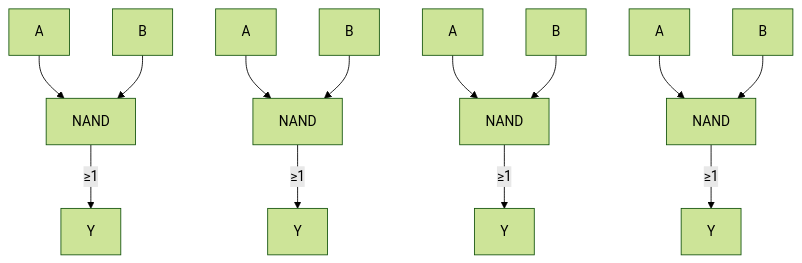
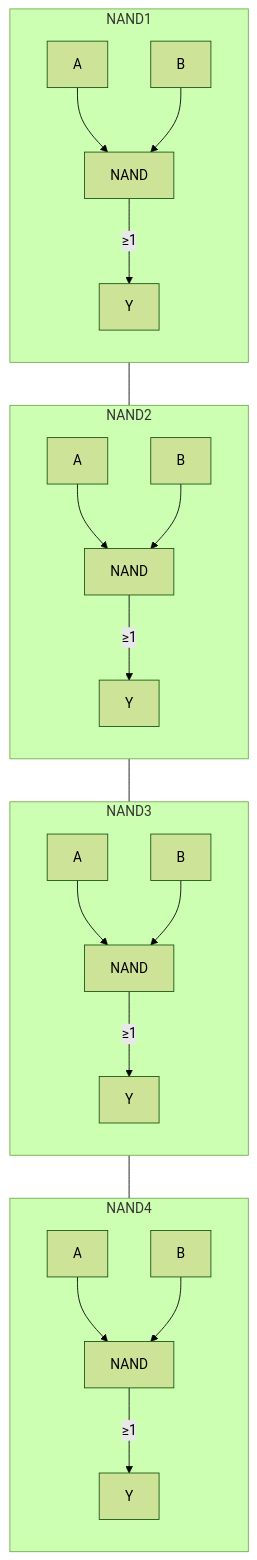
Before and after one commit to setrar/microelectronics: the second of 5 diagrams in Components/discrete/Transistors/kit/HomeDepot/BlockDiagrams/README.md, drawn with Mermaid (forest theme).

Commit message:
Organize NAND diagrams into subgraphs
Refactor NAND diagrams into subgraphs for better organization.

````diff
--- a/Components/discrete/Transistors/kit/HomeDepot/BlockDiagrams/README.md
+++ b/Components/discrete/Transistors/kit/HomeDepot/BlockDiagrams/README.md
@@ -18,22 +18,37 @@
 ```mermaid
 flowchart TD
     %% NAND 1
-    A1[A] --> N1[NAND]
-    B1[B] --> N1
-    N1 -- "≥1" --> Y1[Y]
+    subgraph NAND1
+        direction TD
+        A1[A] --> N1[NAND]
+        B1[B] --> N1
+        N1 -- "≥1" --> Y1[Y]
+    end
 
     %% NAND 2
-    A2[A] --> N2[NAND]
-    B2[B] --> N2
-    N2 -- "≥1" --> Y2[Y]
+    subgraph NAND2
+        direction TD
+        A2[A] --> N2[NAND]
+        B2[B] --> N2
+        N2 -- "≥1" --> Y2[Y]
+    end
 
     %% NAND 3
-    A3[A] --> N3[NAND]
-    B3[B] --> N3
-    N3 -- "≥1" --> Y3[Y]
+    subgraph NAND3
+        direction TD
+        A3[A] --> N3[NAND]
+        B3[B] --> N3
+        N3 -- "≥1" --> Y3[Y]
+    end
 
     %% NAND 4
-    A4[A] --> N4[NAND]
-    B4[B] --> N4
-    N4 -- "≥1" --> Y4[Y]
+    subgraph NAND4
+        direction TD
+        A4[A] --> N4[NAND]
+        B4[B] --> N4
+        N4 -- "≥1" --> Y4[Y]
+    end
+
+    %% Arrange subgraphs horizontally
+    NAND1 --- NAND2 --- NAND3 --- NAND4
 ```
````
